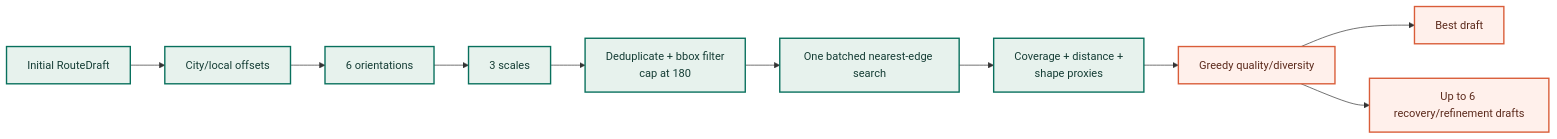
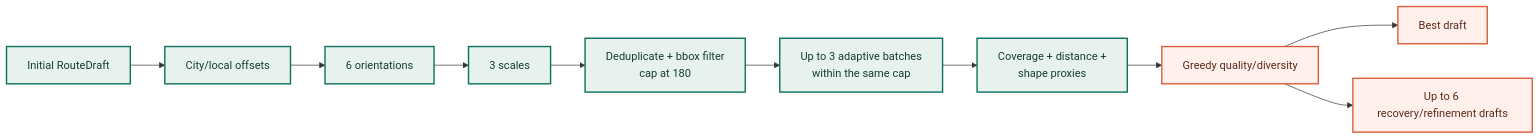
The third of 5 diagrams in docs/implementation/backend-pipeline.md (ak91hu/CityShapeRunner), drawn with Mermaid before and after one commit. The commit also changed other lines of this file and 83 other files, not shown here.

````diff
--- a/docs/implementation/backend-pipeline.md
+++ b/docs/implementation/backend-pipeline.md
@@ -134,17 +134,17 @@
 ```mermaid
 flowchart LR
     Base[Initial RouteDraft] --> Grid[City/local offsets]
     Grid --> Rotate[6 orientations]
     Rotate --> Scale[3 scales]
     Scale --> Cap[Deduplicate + bbox filter<br/>cap at 180]
-    Cap --> Batch[One batched nearest-edge search]
+    Cap --> Batch[Up to 3 adaptive batches<br/>within the same cap]
     Batch --> Rank[Coverage + distance +<br/>shape proxies]
     Rank --> Diverse[Greedy quality/diversity]
     Diverse --> Best[Best draft]
     Diverse --> Rest[Up to 6 recovery/refinement drafts]
 
     classDef search fill:#e7f2ed,stroke:#08705d,color:#153d35,stroke-width:2px;
     classDef narrow fill:#fff0eb,stroke:#d95d39,color:#5c2a1c,stroke-width:2px;
     class Base,Grid,Rotate,Scale,Cap,Batch,Rank search;
     class Diverse,Best,Rest narrow;
 ```
````
